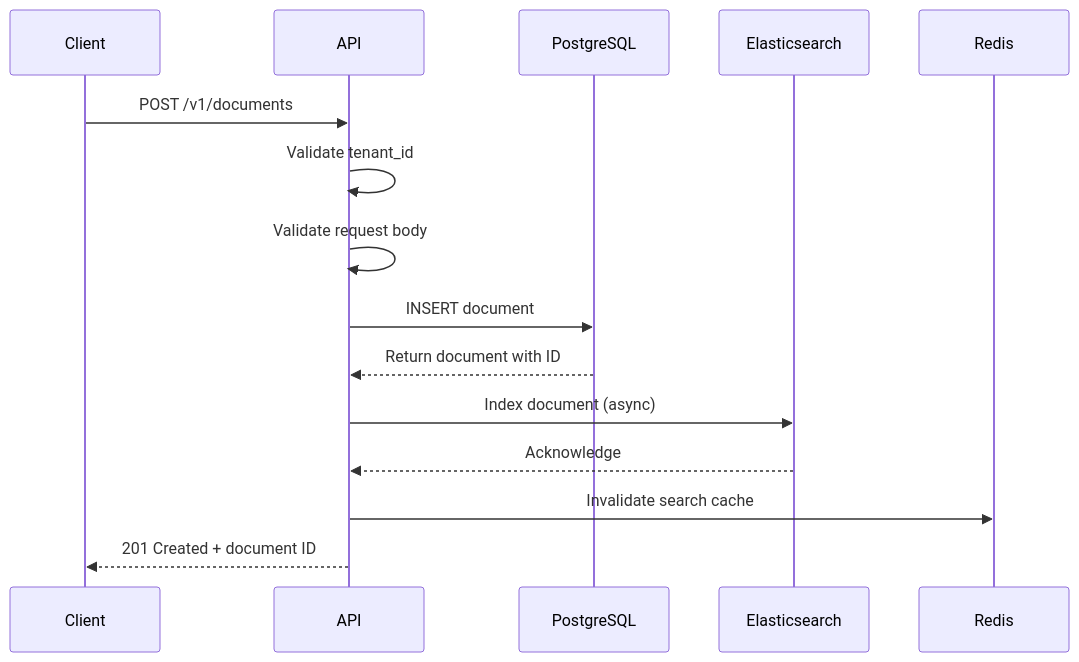
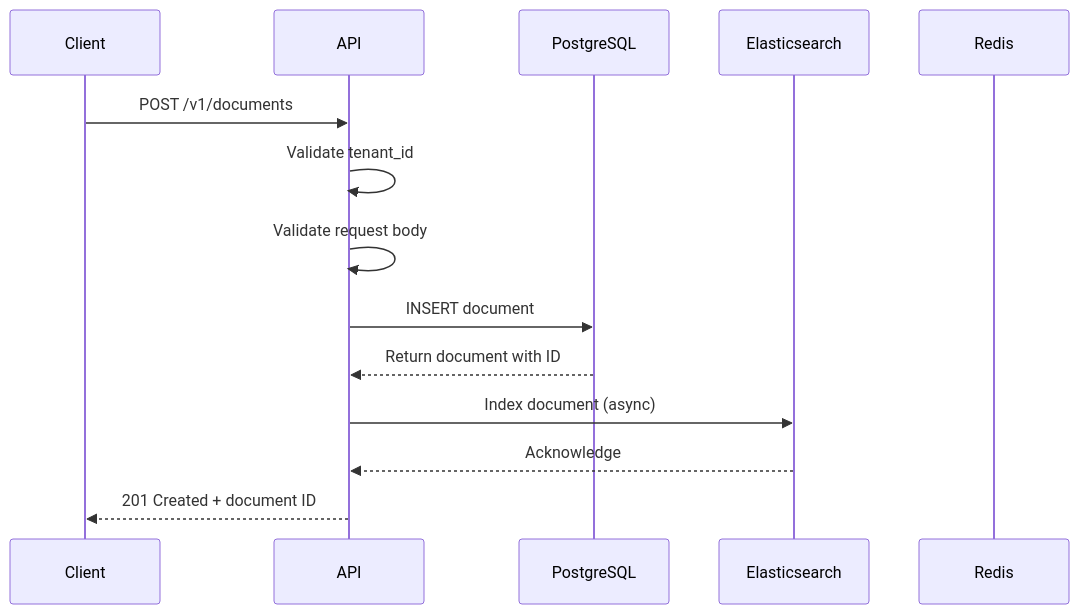
Before and after one commit to GauravSharmaCode/document-search-service: the second of 4 diagrams in docs/ARCHITECTURE.md, drawn with Mermaid. The commit also changed other lines of this file and 19 other files, not shown here.

First line of the commit message:
feat: Enhance architecture documentation and add production readiness analysis

````diff
--- a/docs/ARCHITECTURE.md
+++ b/docs/ARCHITECTURE.md
@@ -160,18 +163,17 @@
 ```mermaid
 sequenceDiagram
     participant Client
     participant API
     participant PostgreSQL
     participant Elasticsearch
     participant Redis
     
     Client->>API: POST /v1/documents
     API->>API: Validate tenant_id
     API->>API: Validate request body
     API->>PostgreSQL: INSERT document
     PostgreSQL-->>API: Return document with ID
     API->>Elasticsearch: Index document (async)
     Elasticsearch-->>API: Acknowledge
-    API->>Redis: Invalidate search cache
     API-->>Client: 201 Created + document ID
 ```
````
